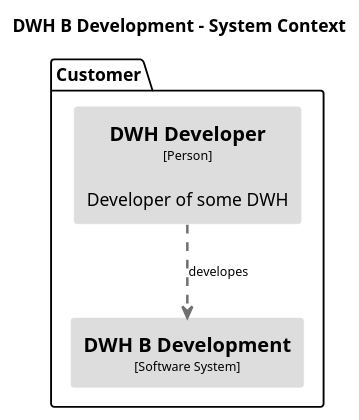
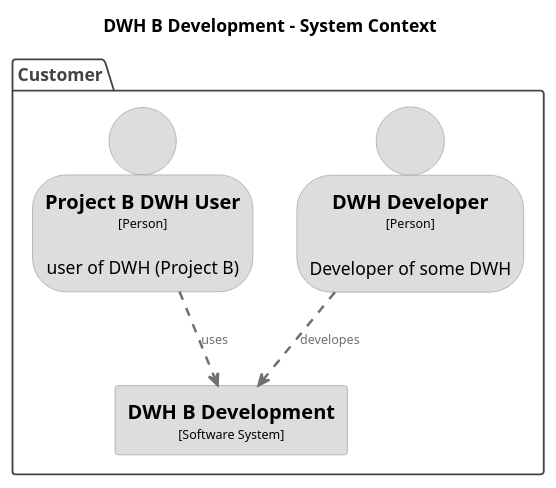
One commit to DataHandwerk/dhw-antora-docs changed the diagram in docs/modules/arc/partials/c4_dsl/puml/structurizr-DWHBDevelopment-SystemContext.puml. Above: the diagram before and after it, drawn with PlantUML. The commit also changed 20 other files, not shown here.

Commit message:
update architecture a bit

```diff
--- a/docs/modules/arc/partials/c4_dsl/puml/structurizr-DWHBDevelopment-SystemContext.puml
+++ b/docs/modules/arc/partials/c4_dsl/puml/structurizr-DWHBDevelopment-SystemContext.puml
@@ -1,28 +1,44 @@
-@startuml(id=DWHBDevelopment-SystemContext)
+@startuml
 title DWH B Development - System Context
+
+top to bottom direction
 
 skinparam {
   shadowing false
   arrowFontSize 10
   defaultTextAlignment center
   wrapWidth 200
   maxMessageSize 100
 }
+
 hide stereotype
-top to bottom direction
-skinparam rectangle<<1>> {
+
+skinparam rectangle<<DWHBDevelopment>> {
   BackgroundColor #dddddd
   FontColor #000000
-  BorderColor #dddddd
+  BorderColor #9a9a9a
 }
-skinparam rectangle<<4>> {
+skinparam person<<DWHDeveloper>> {
   BackgroundColor #dddddd
   FontColor #000000
-  BorderColor #dddddd
+  BorderColor #9a9a9a
 }
-package "Customer" {
-  rectangle "==DWH Developer\n<size:10>[Person]</size>\n\nDeveloper of some DWH" <<1>> as 1
-  rectangle "==DWH B Development\n<size:10>[Software System]</size>" <<4>> as 4
+skinparam person<<ProjectBDWHUser>> {
+  BackgroundColor #dddddd
+  FontColor #000000
+  BorderColor #9a9a9a
 }
-1 .[#707070,thickness=2].> 4 : "developes"
+
+package "Customer" <<enterprise>> {
+  skinparam PackageBorderColor<<enterprise>> #444444
+  skinparam PackageFontColor<<enterprise>> #444444
+
+  person "==DWH Developer\n<size:10>[Person]</size>\n\nDeveloper of some DWH" <<DWHDeveloper>> as DWHDeveloper
+  person "==Project B DWH User\n<size:10>[Person]</size>\n\nuser of DWH (Project B)" <<ProjectBDWHUser>> as ProjectBDWHUser
+  rectangle "==DWH B Development\n<size:10>[Software System]</size>" <<DWHBDevelopment>> as DWHBDevelopment
+}
+
+
+DWHDeveloper .[#707070,thickness=2].> DWHBDevelopment : "<color:#707070>developes"
+ProjectBDWHUser .[#707070,thickness=2].> DWHBDevelopment : "<color:#707070>uses"
 @enduml
```
